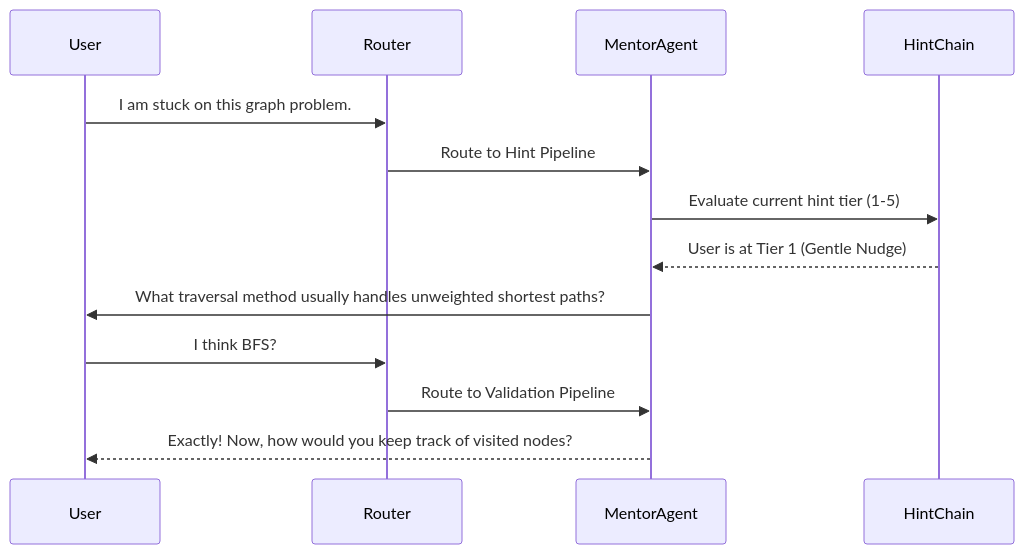
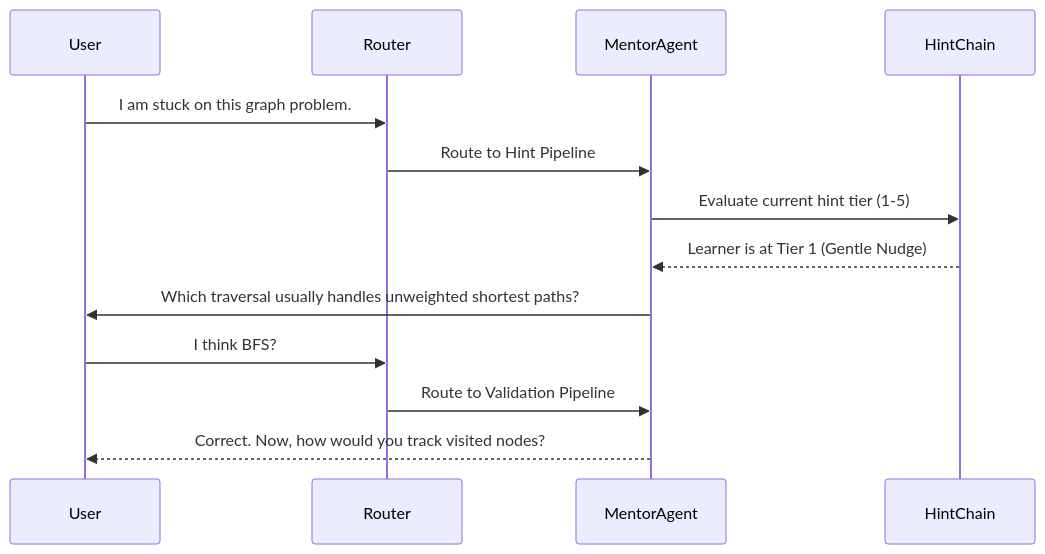
One commit to sayeeg-11/SahiiiDSA changed the third of 3 diagrams in README.md. Above: the diagram before and after it, drawn with Mermaid. The commit also changed other lines of this file, not shown here.

````diff
--- a/README.md
+++ b/README.md
@@ -61,16 +127,16 @@
 ```mermaid
 sequenceDiagram
     participant User
     participant Router
     participant MentorAgent
     participant HintChain
-    
+
     User->>Router: I am stuck on this graph problem.
     Router->>MentorAgent: Route to Hint Pipeline
     MentorAgent->>HintChain: Evaluate current hint tier (1-5)
-    HintChain-->>MentorAgent: User is at Tier 1 (Gentle Nudge)
-    MentorAgent->>User: What traversal method usually handles unweighted shortest paths?
+    HintChain-->>MentorAgent: Learner is at Tier 1 (Gentle Nudge)
+    MentorAgent->>User: Which traversal usually handles unweighted shortest paths?
     User->>Router: I think BFS?
     Router->>MentorAgent: Route to Validation Pipeline
-    MentorAgent-->>User: Exactly! Now, how would you keep track of visited nodes?
+    MentorAgent-->>User: Correct. Now, how would you track visited nodes?
 ```
````
